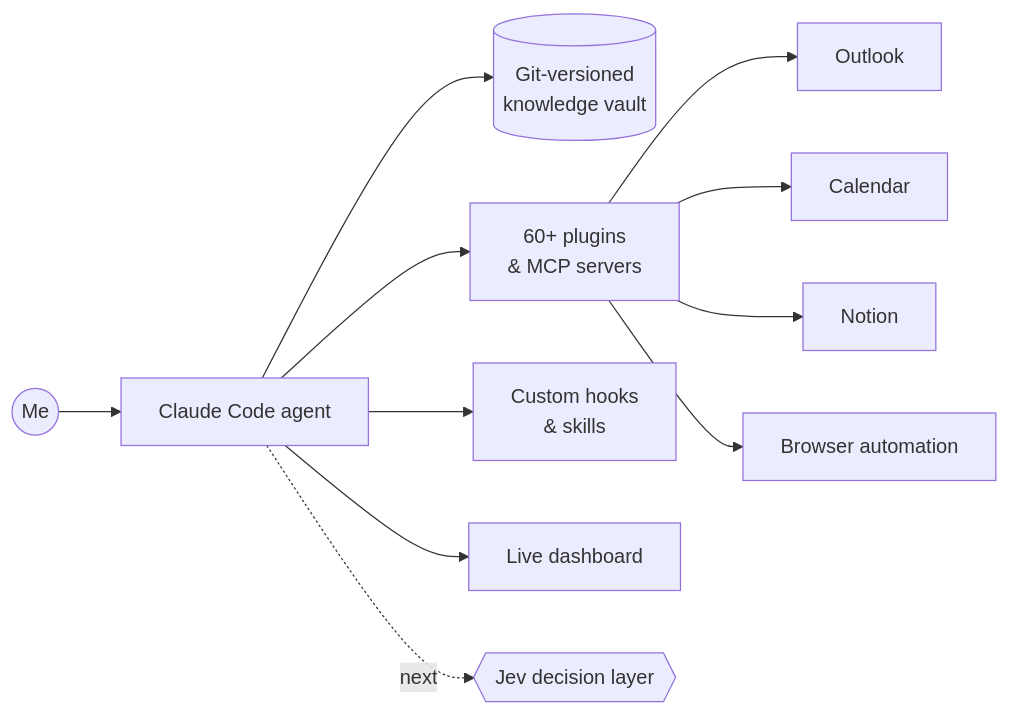
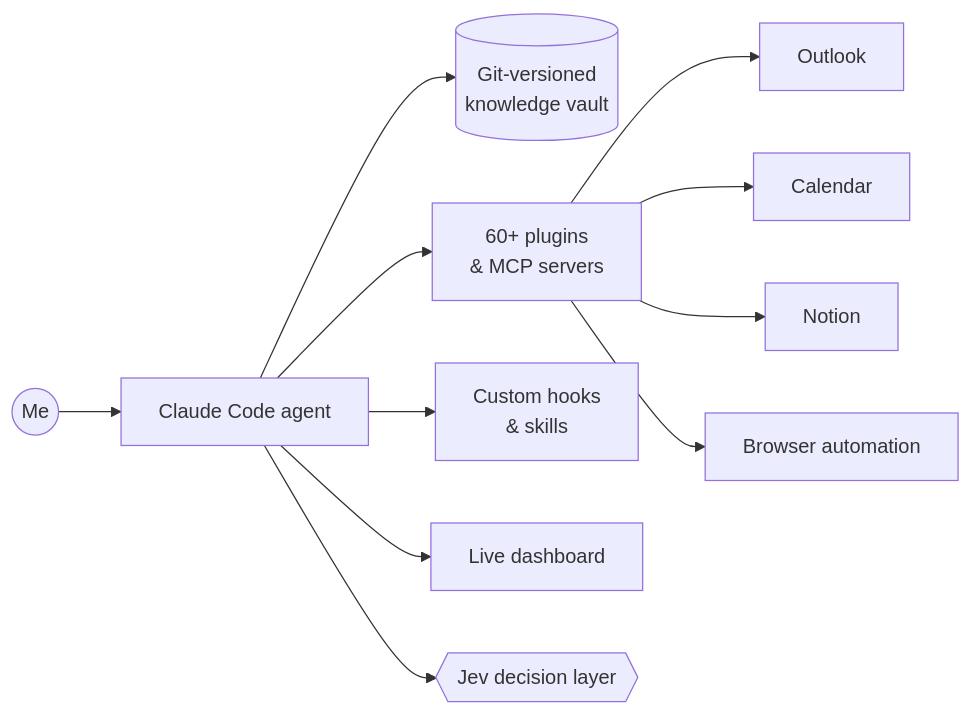
Before and after one commit to BasmaAbouzied0/BasmaAbouzied0: the diagram in README.md, drawn with Mermaid. The commit also changed other lines of this file, not shown here.

Commit message:
Add jev-auto-approve to shipped projects

````diff
--- a/README.md
+++ b/README.md
@@ -20,13 +20,13 @@
 ```mermaid
 flowchart LR
     Me((Me)) --> Agent[Claude Code agent]
     Agent --> Memory[(Git-versioned<br/>knowledge vault)]
     Agent --> Tools[60+ plugins<br/>& MCP servers]
     Agent --> Hooks[Custom hooks<br/>& skills]
     Tools --> Mail[Outlook]
     Tools --> Cal[Calendar]
     Tools --> Notion[Notion]
     Tools --> Web[Browser automation]
     Agent --> Dash[Live dashboard]
-    Agent -. next .-> Jev{{Jev decision layer}}
+    Agent --> Jev{{Jev decision layer}}
 ```
````
